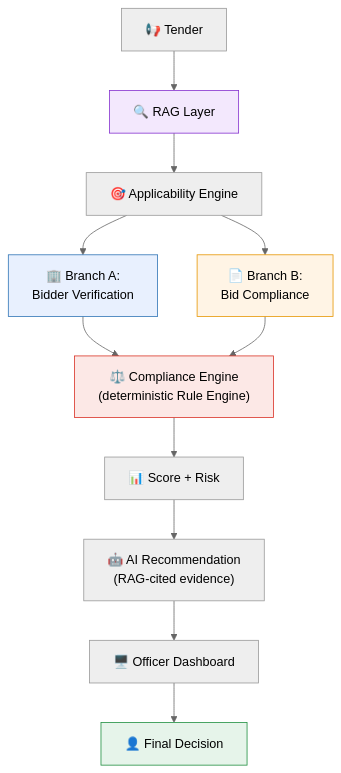
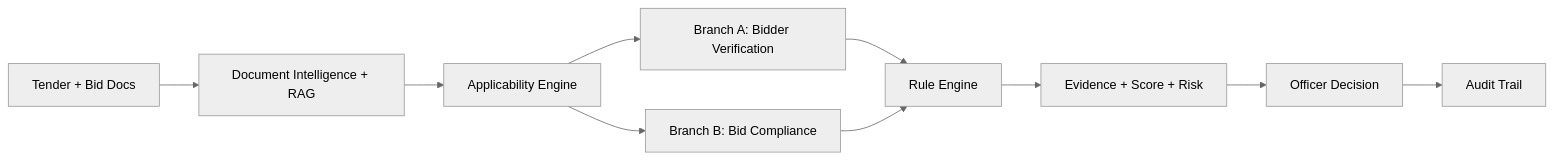
The diagram in README.md (IshanWankhede/BidVerify-AI), drawn with Mermaid (neutral theme) before and after one commit. The commit also changed other lines of this file and 11 other files, not shown here.

````diff
--- a/README.md
+++ b/README.md
@@ -108,19 +35,12 @@
 ```mermaid
-flowchart TD
-    A[📢 Tender] --> R[🔍 RAG Layer]
-    R --> B[🎯 Applicability Engine]
-    B --> C["🏢 Branch A:<br/>Bidder Verification"]
-    B --> D["📄 Branch B:<br/>Bid Compliance"]
-    C --> E["⚖️ Compliance Engine<br/>(deterministic Rule Engine)"]
-    D --> E
-    E --> F[📊 Score + Risk]
-    F --> G["🤖 AI Recommendation<br/>(RAG-cited evidence)"]
-    G --> H[🖥️ Officer Dashboard]
-    H --> I[👤 Final Decision]
-
-    style R fill:#f3e8fd,stroke:#8430ce
-    style C fill:#e8f0fe,stroke:#2e74b5
-    style D fill:#fff4e5,stroke:#e69500
-    style E fill:#fce8e6,stroke:#d93025
-    style I fill:#e6f4ea,stroke:#1e8e3e
+flowchart LR
+    A[Tender + Bid Docs] --> B[Document Intelligence + RAG]
+    B --> C[Applicability Engine]
+    C --> D[Branch A: Bidder Verification]
+    C --> E[Branch B: Bid Compliance]
+    D --> F[Rule Engine]
+    E --> F
+    F --> G[Evidence + Score + Risk]
+    G --> H[Officer Decision]
+    H --> I[Audit Trail]
 ```
````
